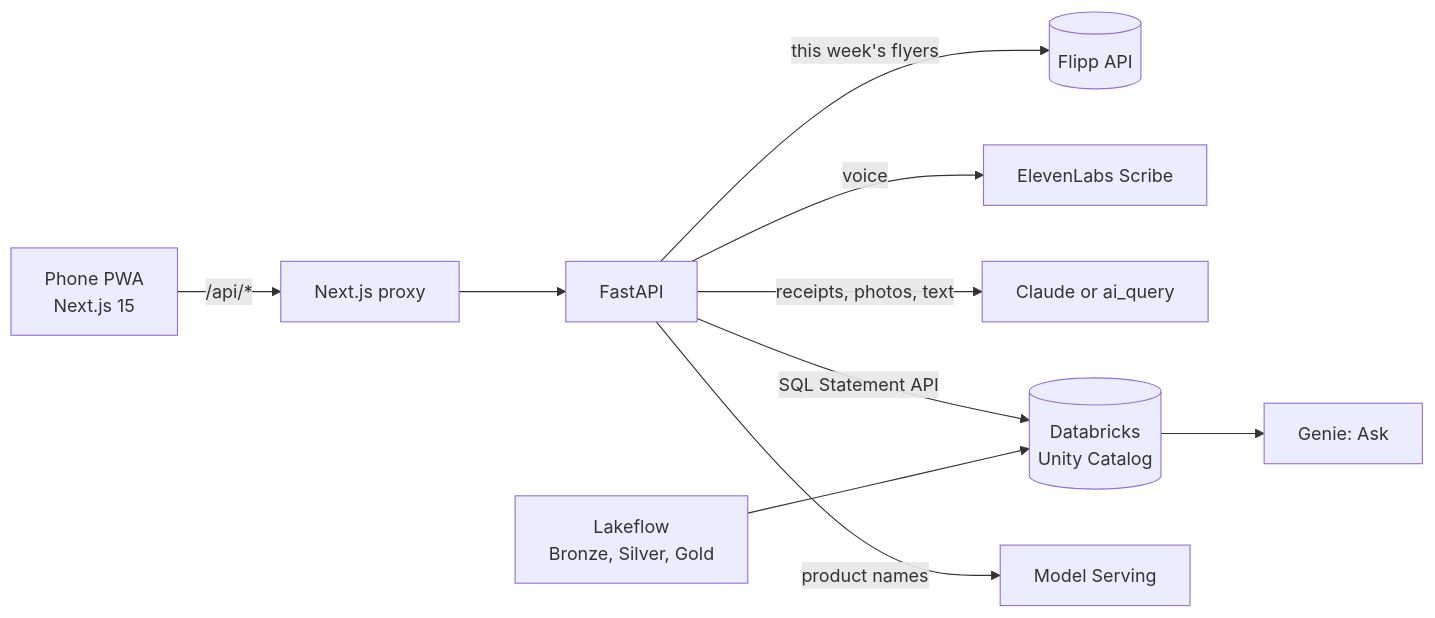
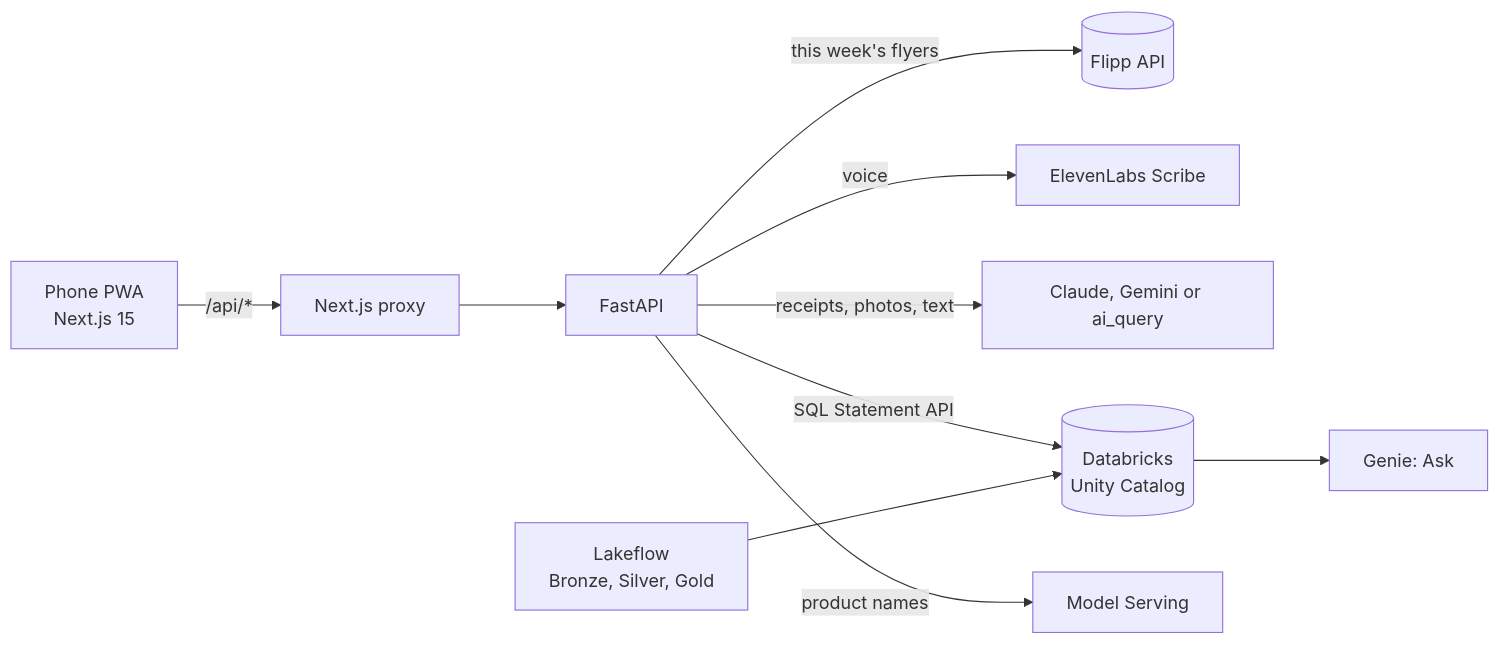
One commit to TahaSaiyed08/Savy changed the diagram in README.md. Above: the diagram before and after it, drawn with Mermaid. The commit also changed other lines of this file and 5 other files, not shown here.

````diff
--- a/README.md
+++ b/README.md
@@ -126,12 +192,12 @@
 ```mermaid
 flowchart LR
   Phone["Phone PWA<br/>Next.js 15"] -->|"/api/*"| Proxy["Next.js proxy"]
   Proxy --> API["FastAPI"]
   API -->|"this week's flyers"| Flipp[("Flipp API")]
   API -->|"voice"| Eleven["ElevenLabs Scribe"]
-  API -->|"receipts, photos, text"| Extract["Claude or ai_query"]
+  API -->|"receipts, photos, text"| Extract["Claude, Gemini or ai_query"]
   API -->|"SQL Statement API"| UC[("Databricks<br/>Unity Catalog")]
   UC --> Genie["Genie: Ask"]
   API -->|"product names"| Serving["Model Serving"]
   Lakeflow["Lakeflow<br/>Bronze, Silver, Gold"] --> UC
 ```
````
